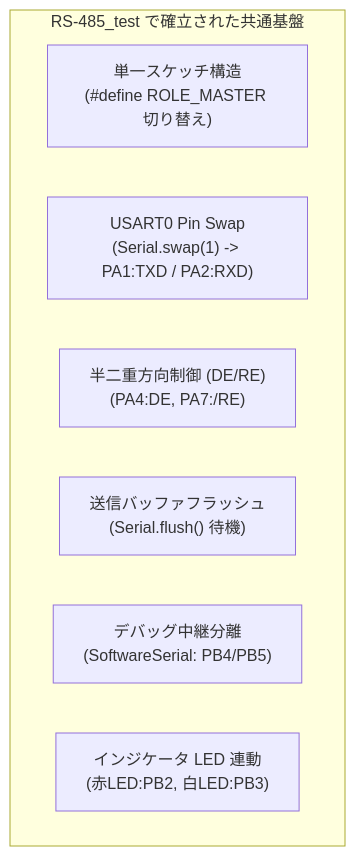
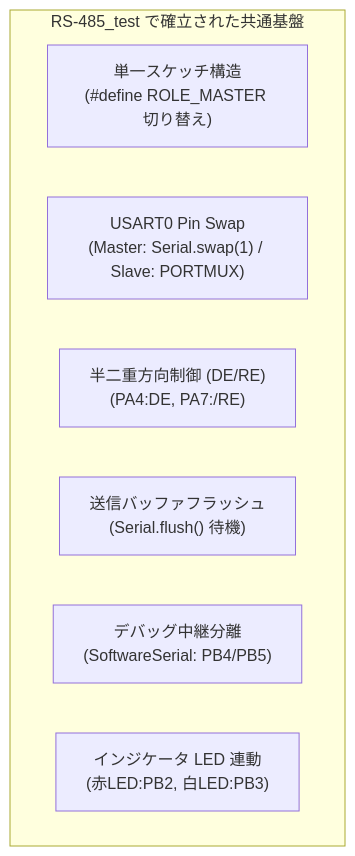
The diagram in firmware/tests/ADX_Core-D/LIN_test/Phase/SKETCH_DEVELOPMENT_GUIDELINE.md (Masafuro/ADX), drawn with Mermaid before and after one commit. The commit also changed other lines of this file, not shown here.

````diff
--- a/firmware/tests/ADX_Core-D/LIN_test/Phase/SKETCH_DEVELOPMENT_GUIDELINE.md
+++ b/firmware/tests/ADX_Core-D/LIN_test/Phase/SKETCH_DEVELOPMENT_GUIDELINE.md
@@ -17,11 +17,11 @@
 ```mermaid
 flowchart TD
     subgraph "RS-485_test で確立された共通基盤"
         A["単一スケッチ構造<br/>(#define ROLE_MASTER 切り替え)"]
-        B["USART0 Pin Swap<br/>(Serial.swap(1) -> PA1:TXD / PA2:RXD)"]
+        B["USART0 Pin Swap<br/>(Master: Serial.swap(1) / Slave: PORTMUX)"]
         C["半二重方向制御 (DE/RE)<br/>(PA4:DE, PA7:/RE)"]
         D["送信バッファフラッシュ<br/>(Serial.flush() 待機)"]
         E["デバッグ中継分離<br/>(SoftwareSerial: PB4/PB5)"]
         F["インジケータ LED 連動<br/>(赤LED:PB2, 白LED:PB3)"]
     end
 ```
````
